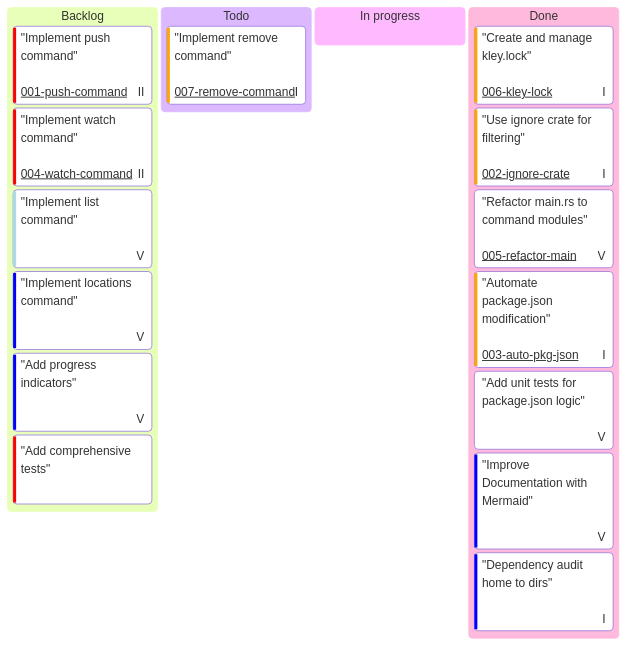
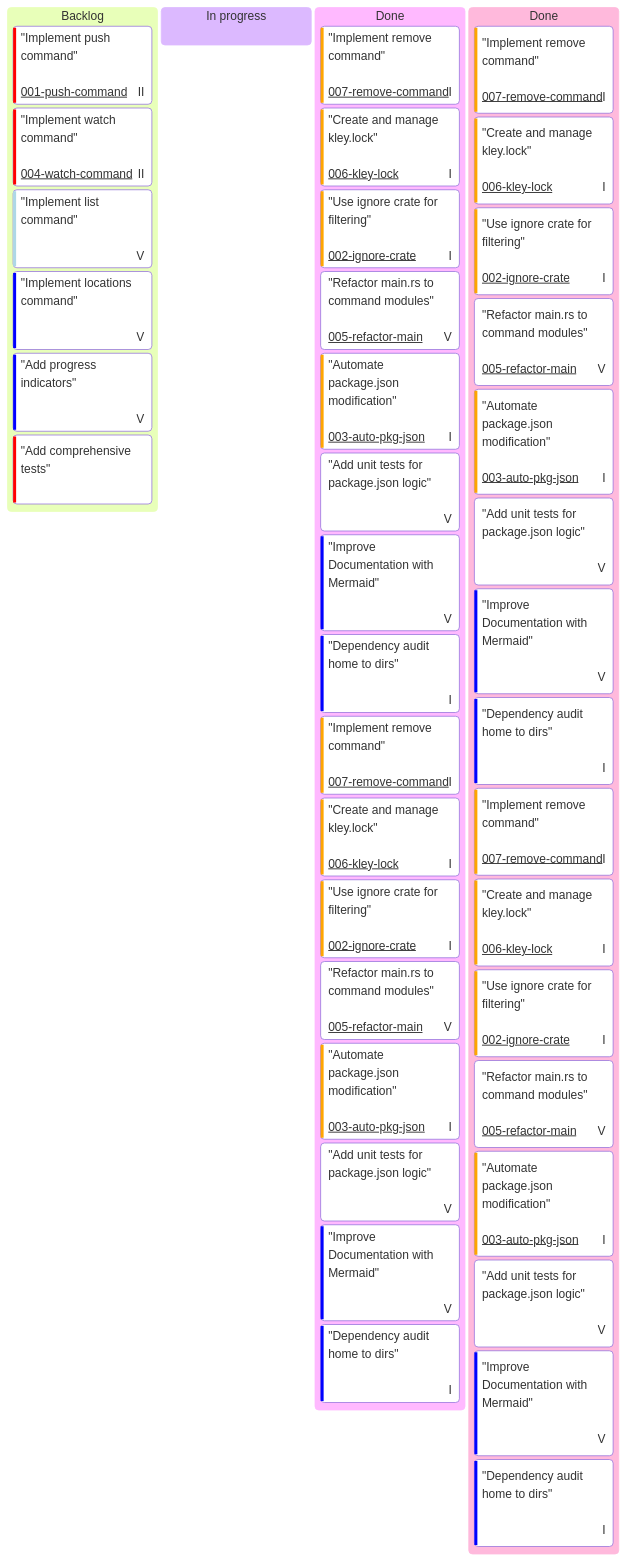
Before and after one commit to sumbad/kley: the diagram in docs/KANBAN.md, drawn with Mermaid. The commit also changed 3 other files, not shown here.

````diff
--- a/docs/KANBAN.md
+++ b/docs/KANBAN.md
@@ -21,35 +21,35 @@
 ```mermaid
 ---
 config:
   kanban:
     ticketBaseUrl: 'https://github.com/sumbad/kley/tree/master/docs/tickets/#TICKET#.md'
     
     ### Legend
     # assigned - used for epics, has an epic name (epics/#EPIC#.md)
     # priority - used for complexity
     # ticket - used for a ticket file name (tickets/#TICKET#.md)
 ---
 
 kanban
     Backlog
         "Implement push command"<br/><br/>@{ assigned: II, priority: 'Very High', ticket: '001-push-command' }
         "Implement watch command"<br/><br/>@{ assigned: II, priority: 'Very High', ticket: '004-watch-command' }
         "Implement list command"<br/><br/>@{ assigned: V, priority: 'Very Low' }
         "Implement locations command"<br/><br/>@{ assigned: V, priority: 'Low' }
         "Add progress indicators"<br/><br/>@{ assigned: V, priority: 'Low' }
         "Add comprehensive tests"<br/><br/>@{ priority: 'Very High' }
 
-    Todo
+    [In progress]
+
+    Done
         "Implement remove command"<br/><br/>@{ assigned: I, priority: 'High', ticket: '007-remove-command' }
-
-    [In progress]
 
     Done
         "Create and manage kley.lock"<br/><br/>@{ assigned: I, priority: 'High', ticket: '006-kley-lock' }
         "Use ignore crate for filtering"<br/><br/>@{ assigned: I, priority: 'High', ticket: '002-ignore-crate' }
         "Refactor main.rs to command modules"<br/><br/>@{ assigned: V, priority: 'Medium', ticket: '005-refactor-main' }
         "Automate package.json modification"<br/><br/>@{ assigned: I, priority: 'High', ticket: '003-auto-pkg-json' }
         "Add unit tests for package.json logic"<br/><br/>@{ assigned: V, priority: 'Medium' }
         "Improve Documentation with Mermaid"<br/><br/>@{ assigned: V, priority: 'Low' }
         "Dependency audit home to dirs"<br/><br/>@{ assigned: I, priority: 'Low' }
 ```
````
